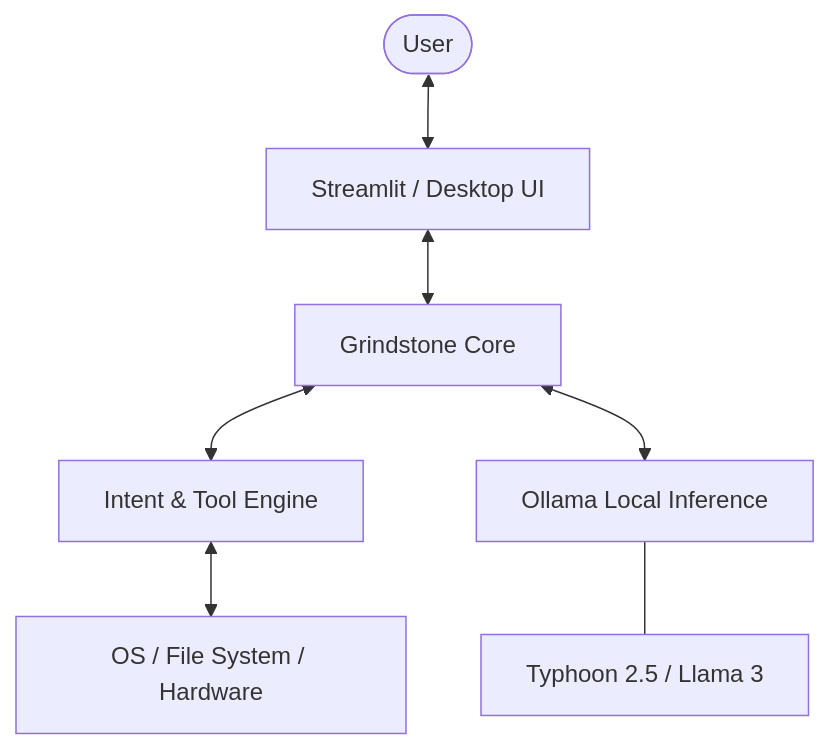
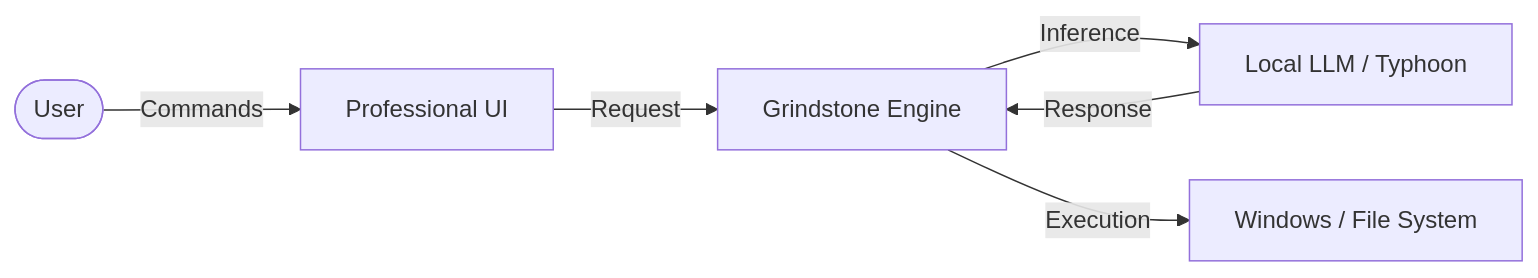
The diagram in README.md (nickkeepgoing/Grindstone), drawn with Mermaid before and after one commit. The commit also changed other lines of this file, not shown here.

````diff
--- a/README.md
+++ b/README.md
@@ -45,9 +48,8 @@
 ```mermaid
-graph TD
-    User([User]) <--> UI[Streamlit / Desktop UI]
-    UI <--> Core[Grindstone Core]
-    Core <--> Intent[Intent & Tool Engine]
-    Intent <--> Systems[OS / File System / Hardware]
-    Core <--> Ollama[Ollama Local Inference]
-    Ollama --- Model[Typhoon 2.5 / Llama 3]
+graph LR
+    User([User]) -- Commands --> UI[Professional UI]
+    UI -- Request --> Core[Grindstone Engine]
+    Core -- Inference --> Ollama[Local LLM / Typhoon]
+    Core -- Execution --> OS[Windows / File System]
+    Ollama -- Response --> Core
 ```
````
